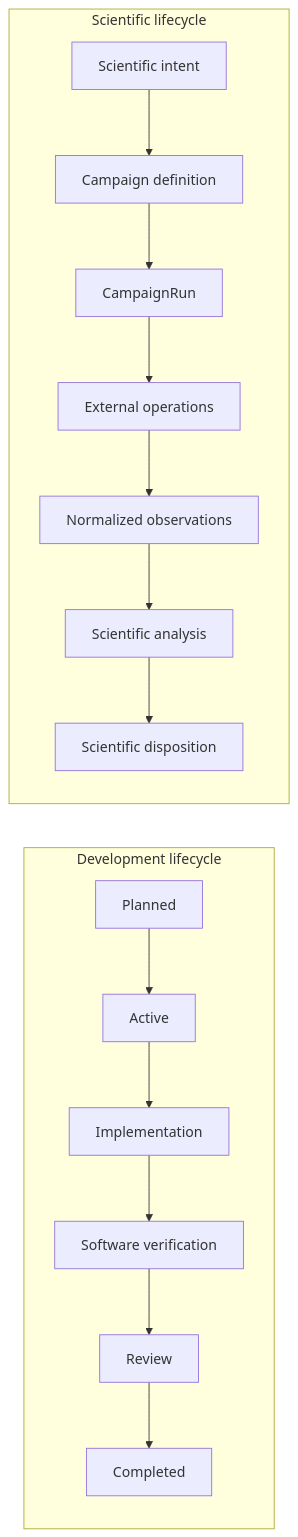
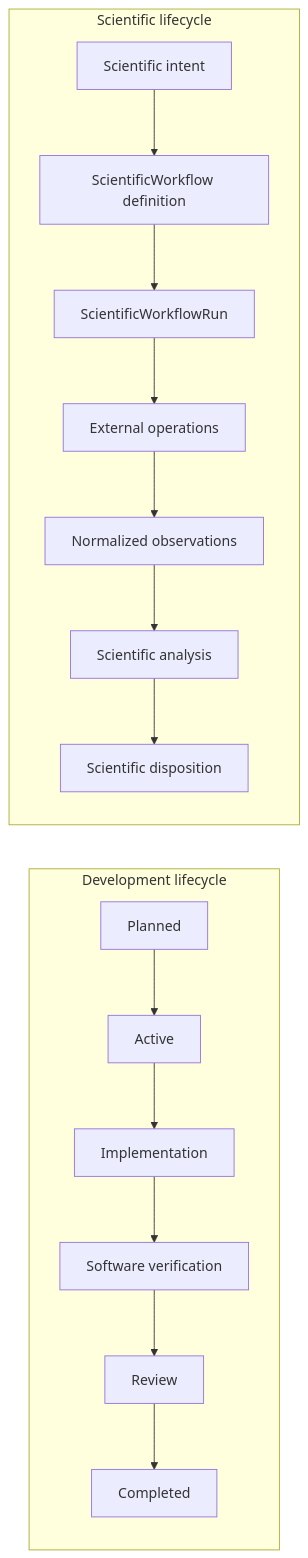
The second of 2 diagrams in docs/architecture/v2/separation-of-harness-and-workflow.md (eragasa/ksdft2effmass), drawn with Mermaid before and after one commit. The commit also changed other lines of this file and 85 other files, not shown here.

Commit message:
docs(architecture): define workflow and harness agent v2

````diff
--- a/docs/architecture/v2/separation-of-harness-and-workflow.md
+++ b/docs/architecture/v2/separation-of-harness-and-workflow.md
@@ -61,25 +61,25 @@
 ```mermaid
 flowchart LR
     subgraph DEVELOPMENT["Development lifecycle"]
         DP["Planned"]
         DA["Active"]
         DI["Implementation"]
         DV["Software verification"]
         DR["Review"]
         DC["Completed"]
 
         DP --> DA --> DI --> DV --> DR --> DC
     end
 
     subgraph SCIENTIFIC["Scientific lifecycle"]
         SI["Scientific intent"]
-        CD["Campaign definition"]
-        CR["CampaignRun"]
+        CD["ScientificWorkflow definition"]
+        CR["ScientificWorkflowRun"]
         EO["External operations"]
         NO["Normalized observations"]
         SA["Scientific analysis"]
         SD["Scientific disposition"]
 
         SI --> CD --> CR --> EO --> NO --> SA --> SD
     end
 ```
````
